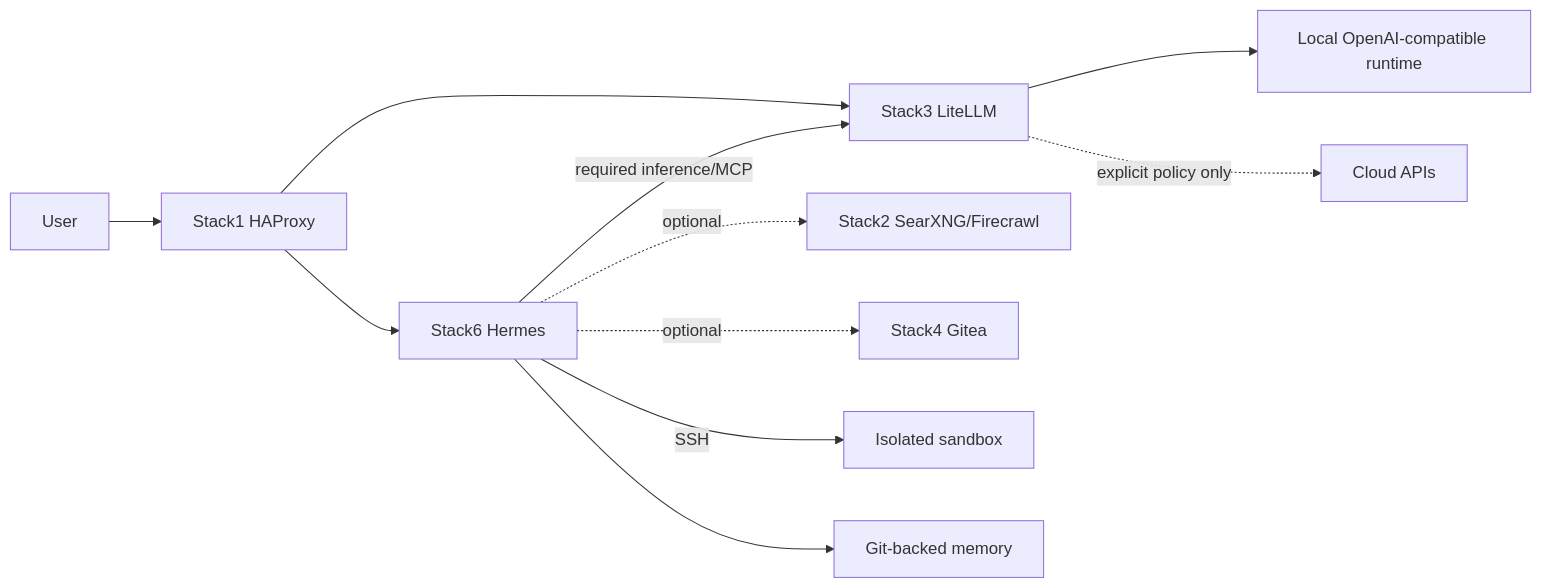
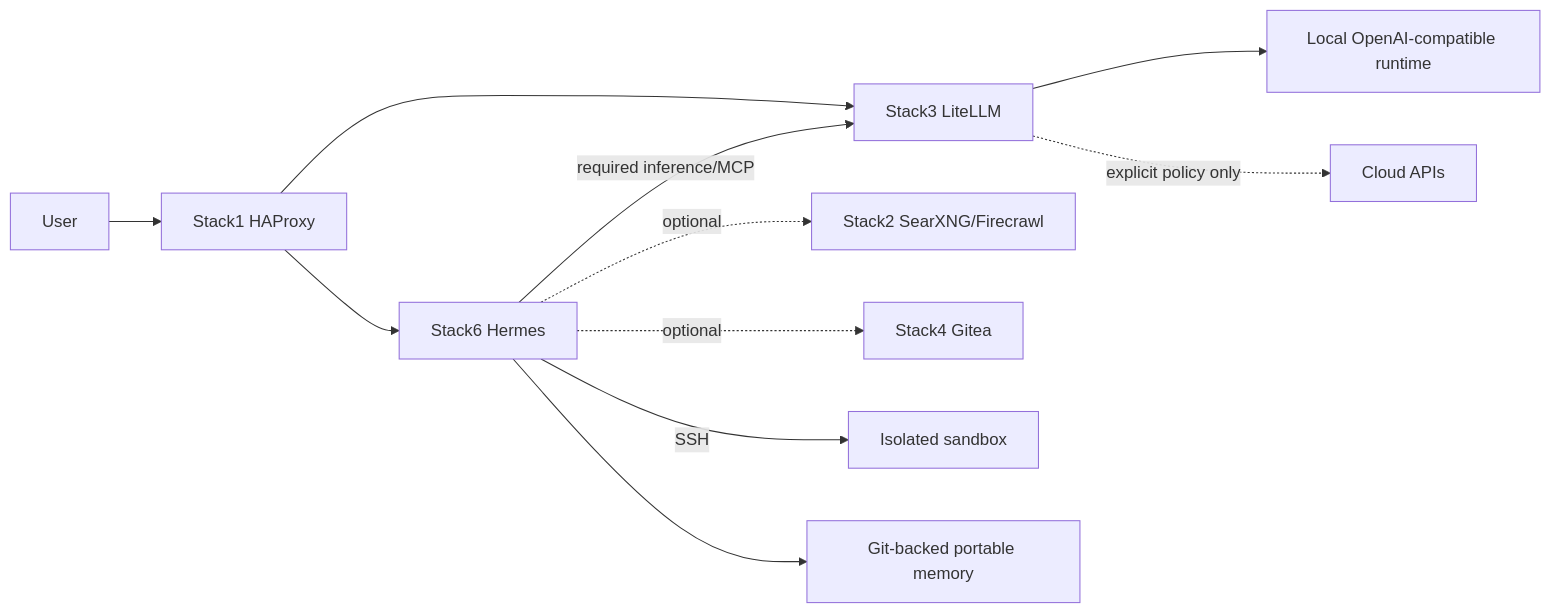
Before and after one commit to ea1het/local_hybrid_ai: the third of 4 diagrams in README.md, drawn with Mermaid. The commit also changed other lines of this file, not shown here.

````diff
--- a/README.md
+++ b/README.md
@@ -51,13 +51,13 @@
 ```mermaid
 flowchart LR
   U[User] --> HP[Stack1 HAProxy]
   HP --> H[Stack6 Hermes]
   HP --> LL[Stack3 LiteLLM]
   H -->|required inference/MCP| LL
   LL --> LOCAL[Local OpenAI-compatible runtime]
   LL -.->|explicit policy only| CLOUD[Cloud APIs]
   H -.->|optional| SX[Stack2 SearXNG/Firecrawl]
   H -.->|optional| G[Stack4 Gitea]
   H -->|SSH| SB[Isolated sandbox]
-  H --> MEM[Git-backed memory]
+  H --> MEM[Git-backed portable memory]
 ```
````
